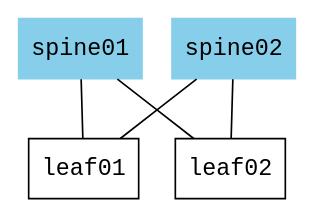
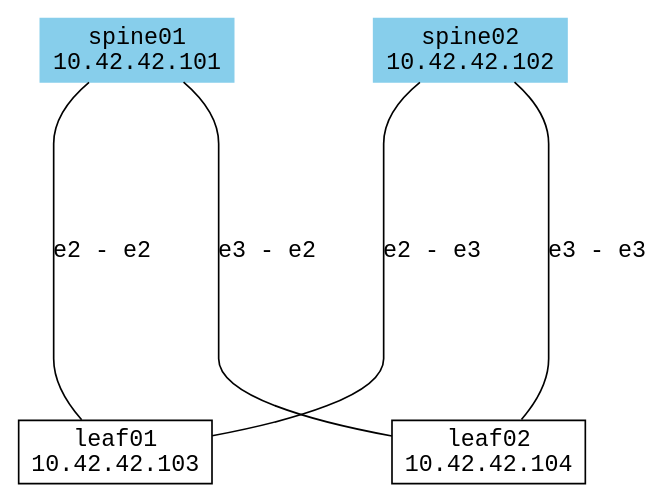
One commit to verbosemode/ipspace-networkautomation changed the diagram in week1/topology.dot. Above: the diagram before and after it, drawn with Graphviz. The commit also changed 4 other files, not shown here.

```diff
--- a/week1/topology.dot
+++ b/week1/topology.dot
@@ -1,11 +1,13 @@
-graph G {
-	spine01 [shape=box, style=filled, color=skyblue, pos="1,2!", fontname="Courier"];
-	spine02 [shape=box, style=filled, color=skyblue, pos="3,2!", fontname="Courier"];
-	leaf01 [shape=box, pos="0,0!", fontname="Courier"];
-	leaf02 [shape=box, pos="2,0!", fontname="Courier"];
-	edge [len=15];
-	spine01 -- leaf01;
-	spine01 -- leaf02;
-	spine02 -- leaf01;
-	spine02 -- leaf02;
+//FIXME use neato for unidirectional graph
+digraph G {
+	nodesep=0.5;
+	spine01 [label="spine01\n10.42.42.101", shape=box, style=filled, color=skyblue, fontname="Courier"];
+	spine02 [label="spine02\n10.42.42.102", shape=box, style=filled, color=skyblue, fontname="Courier"];
+	leaf01 [label="leaf01\n10.42.42.103", shape=box, fontname="Courier"];
+	leaf02 [label="leaf02\n10.42.42.104", shape=box, fontname="Courier"];
+	edge [minlen=5];
+	spine01 -> leaf01 [label="e2 - e2", fontname="Courier" dir=none];
+	spine01 -> leaf02 [label="e3 - e2", fontname="Courier" dir=none];
+	spine02 -> leaf01 [label="e2 - e3", fontname="Courier" dir=none];
+	spine02 -> leaf02 [label="e3 - e3", fontname="Courier" dir=none];
 }
```
